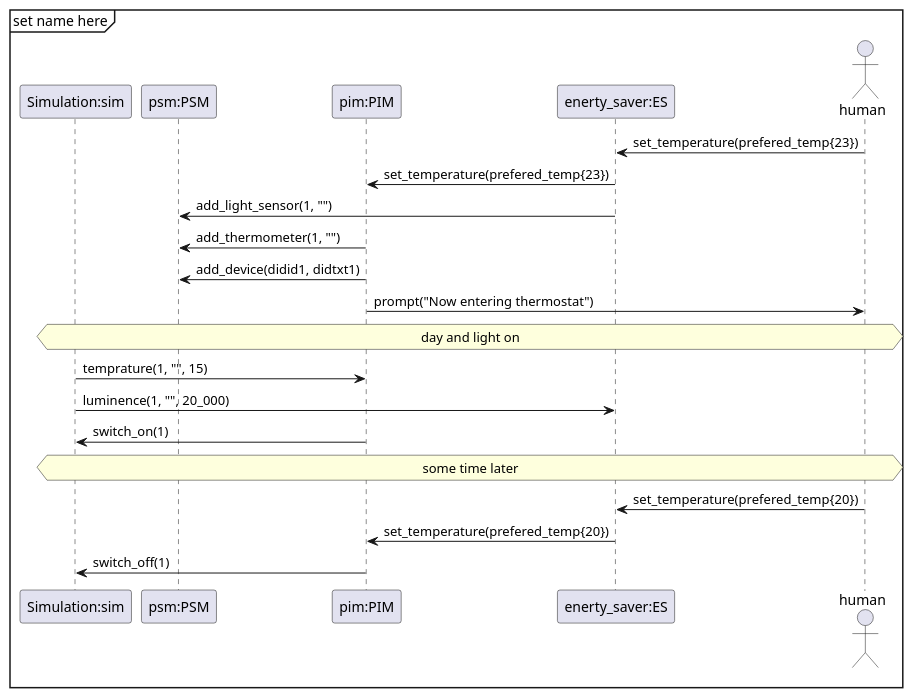
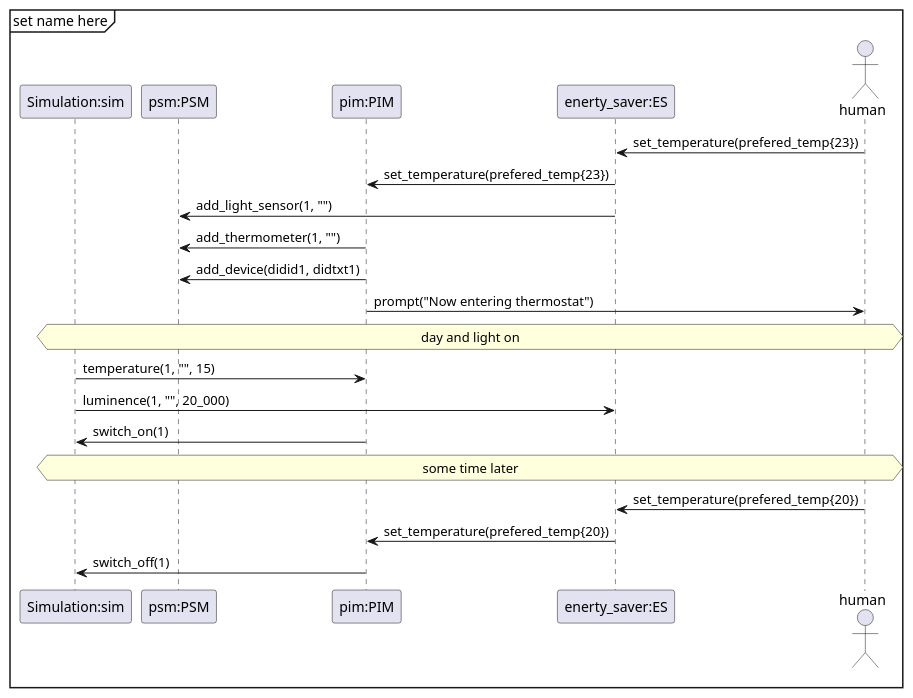
Before and after one commit to Tobhal/HIOF-Models-and-Digital-Twins: the diagram in Oblig1/sequence diagram user change temp.plantuml, drawn with PlantUML. The commit also changed 4 other files, not shown here.

```diff
--- a/Oblig1/sequence diagram user change temp.plantuml
+++ b/Oblig1/sequence diagram user change temp.plantuml
@@ -1,39 +1,39 @@
 @startuml sequense diagram
 mainframe set name here
 
 participant "Simulation:sim" as sim
 participant "psm:PSM" as psm
 participant "pim:PIM" as pim
 participant "enerty_saver:ES" as es
 actor human
 
 'Set preferred temp
 es <- human: set_temperature(prefered_temp{23})
 pim <- es: set_temperature(prefered_temp{23})
 
 psm <- es: add_light_sensor(1, "")
 
 psm <- pim: add_thermometer(1, "")
 psm <- pim: add_device(didid1, didtxt1)
 
 pim -> human: prompt("Now entering thermostat")
 
 hnote across: day and light on
 'setup compleat
 
-sim -> pim: temprature(1, "", 15)
+sim -> pim: temperature(1, "", 15)
 sim -> es: luminence(1, "", 20_000)
 sim <- pim: switch_on(1)
 
 hnote across: some time later
 
 es <- human: set_temperature(prefered_temp{20})
 pim <- es: set_temperature(prefered_temp{20})
 
 sim <- pim: switch_off(1)
 
 
 
 
 
 @enduml
```
